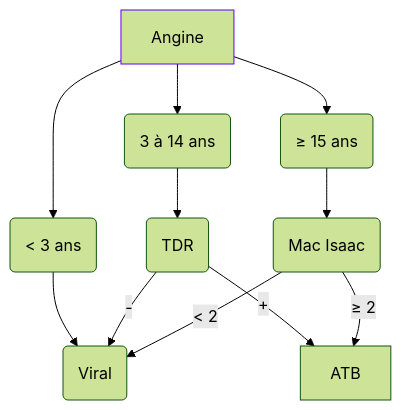
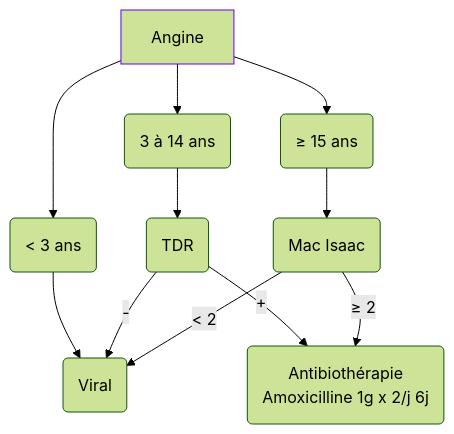
The diagram in content/recommandations/angine.md (djibe/recommandations-medicales), drawn with Mermaid (forest theme) before and after one commit. The commit also changed other lines of this file and 7 other files, not shown here.

```diff
--- a/content/recommandations/angine.md
+++ b/content/recommandations/angine.md
@@ -106,9 +106,9 @@
 {{< mermaid >}}
 graph TB
   angine["Angine"] --> moins3("< 3 ans") --> viral("Viral")
   style angine stroke:#6200ee, stroke-width:1px
-    angine --> 314ans("3 à 14 ans") --> TDR("TDR") -- "+" --> ATB
+    angine --> 314ans("3 à 14 ans") --> TDR("TDR") -- "+" --> ATB("Antibiothérapie<br>Amoxicilline 1g x 2/j 6j")
       TDR -- "-" --> viral
     angine --> 15plus("≥ 15 ans") --> score("Mac Isaac") -- "≥ 2" --> ATB
       score -- "< 2" --> viral
 {{< /mermaid >}}
```
